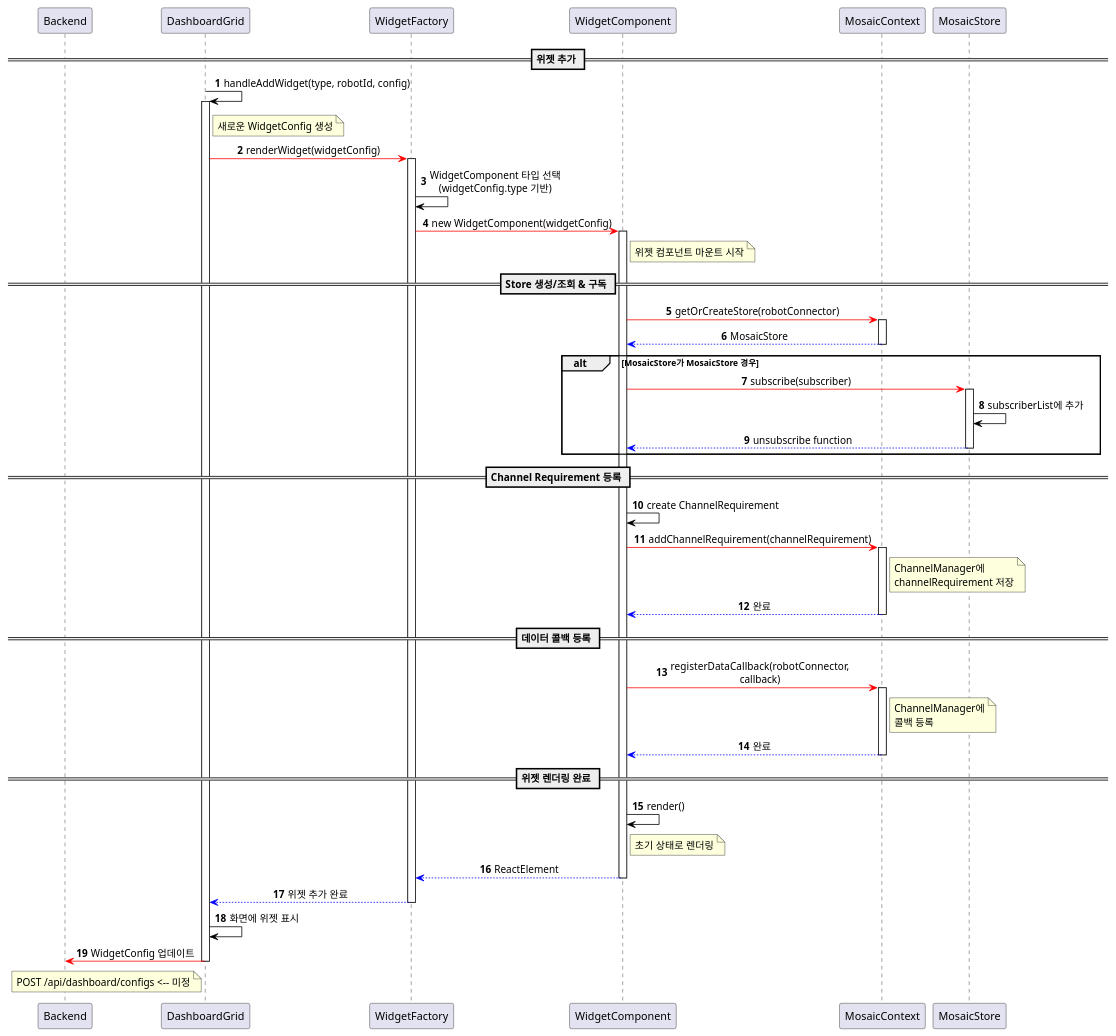
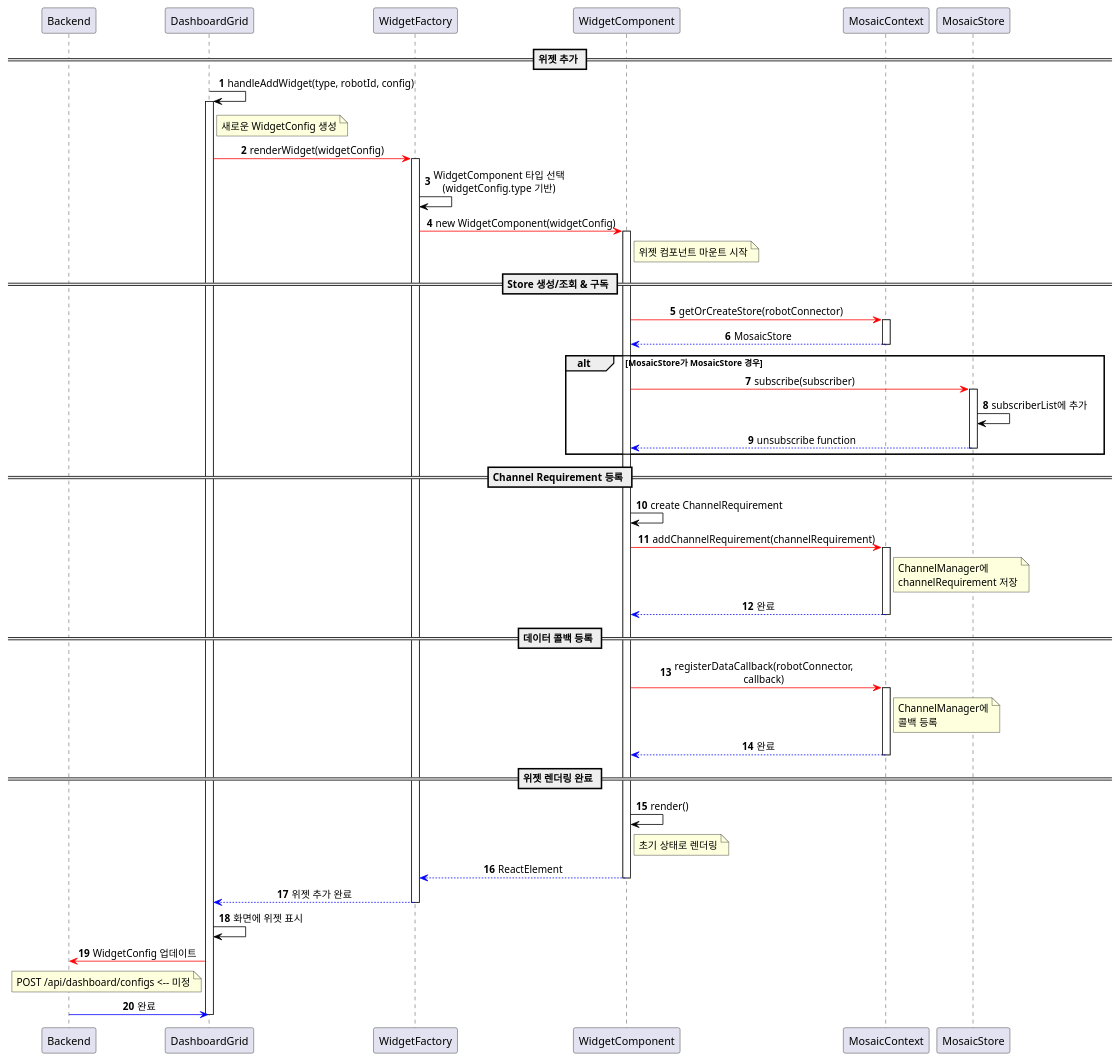
Before and after one commit to ACSL-MOSAIC/MOSAIC-Server: the diagram in diagram/sequence_widget_add.puml, drawn with PlantUML.

Commit message:
modify: sequence_widget_add diagram (adding Bottommost line)

```diff
--- a/diagram/sequence_widget_add.puml
+++ b/diagram/sequence_widget_add.puml
@@ -1,89 +1,91 @@
 @startuml
 skinparam sequenceMessageAlign center
 skinparam maxMessageSize 250
 autonumber
 
 participant "Backend" as Backend
 participant "DashboardGrid" as DashboardGrid
 participant "WidgetFactory" as WidgetFactory
 participant "WidgetComponent" as WidgetComponent
 participant "MosaicContext" as MosaicContext
 participant "MosaicStore" as MosaicStore
 
 == 위젯 추가 ==
 
 
 DashboardGrid -[#black]> DashboardGrid: handleAddWidget(type, robotId, config)
 activate DashboardGrid
 
 note right of DashboardGrid: 새로운 WidgetConfig 생성
 
 DashboardGrid -[#red]> WidgetFactory: renderWidget(widgetConfig)
 activate WidgetFactory
 
 WidgetFactory -[#black]> WidgetFactory: WidgetComponent 타입 선택\n(widgetConfig.type 기반)
 
 WidgetFactory -[#red]> WidgetComponent: new WidgetComponent(widgetConfig)
 activate WidgetComponent
 
 note right of WidgetComponent: 위젯 컴포넌트 마운트 시작
 
 == Store 생성/조회 & 구독 ==
 
 WidgetComponent -[#red]> MosaicContext: getOrCreateStore(robotConnector)
 activate MosaicContext
 
 MosaicContext --[#blue]> WidgetComponent: MosaicStore
 deactivate MosaicContext
 
 alt MosaicStore가 MosaicStore 경우
   WidgetComponent -[#red]> MosaicStore: subscribe(subscriber)
   activate MosaicStore
   
   MosaicStore -[#black]> MosaicStore: subscriberList에 추가
   
   MosaicStore --[#blue]> WidgetComponent: unsubscribe function
   deactivate MosaicStore
 end
 
 == Channel Requirement 등록 ==
 
 WidgetComponent -[#black]> WidgetComponent: create ChannelRequirement
 
 WidgetComponent -[#red]> MosaicContext: addChannelRequirement(channelRequirement)
 activate MosaicContext
 
 note right of MosaicContext: ChannelManager에\nchannelRequirement 저장
 
 MosaicContext --[#blue]> WidgetComponent: 완료
 deactivate MosaicContext
 
 == 데이터 콜백 등록 ==
 
 WidgetComponent -[#red]> MosaicContext: registerDataCallback(robotConnector, callback)
 activate MosaicContext
 
 note right of MosaicContext: ChannelManager에\n콜백 등록
 
 
 MosaicContext --[#blue]> WidgetComponent: 완료
 deactivate MosaicContext
 
 == 위젯 렌더링 완료 ==
 
 WidgetComponent -[#black]> WidgetComponent: render()
 note right of WidgetComponent: 초기 상태로 렌더링
 
 WidgetComponent --[#blue]> WidgetFactory: ReactElement
 deactivate WidgetComponent
 
 WidgetFactory --[#blue]> DashboardGrid: 위젯 추가 완료
 deactivate WidgetFactory
 
 DashboardGrid -[#black]> DashboardGrid: 화면에 위젯 표시
 DashboardGrid -[#red]> Backend : WidgetConfig 업데이트
 note left of DashboardGrid : POST /api/dashboard/configs <-- 미정
 
+Backend -[#blue]> DashboardGrid : 완료
+
 deactivate DashboardGrid
 
 @enduml
```
